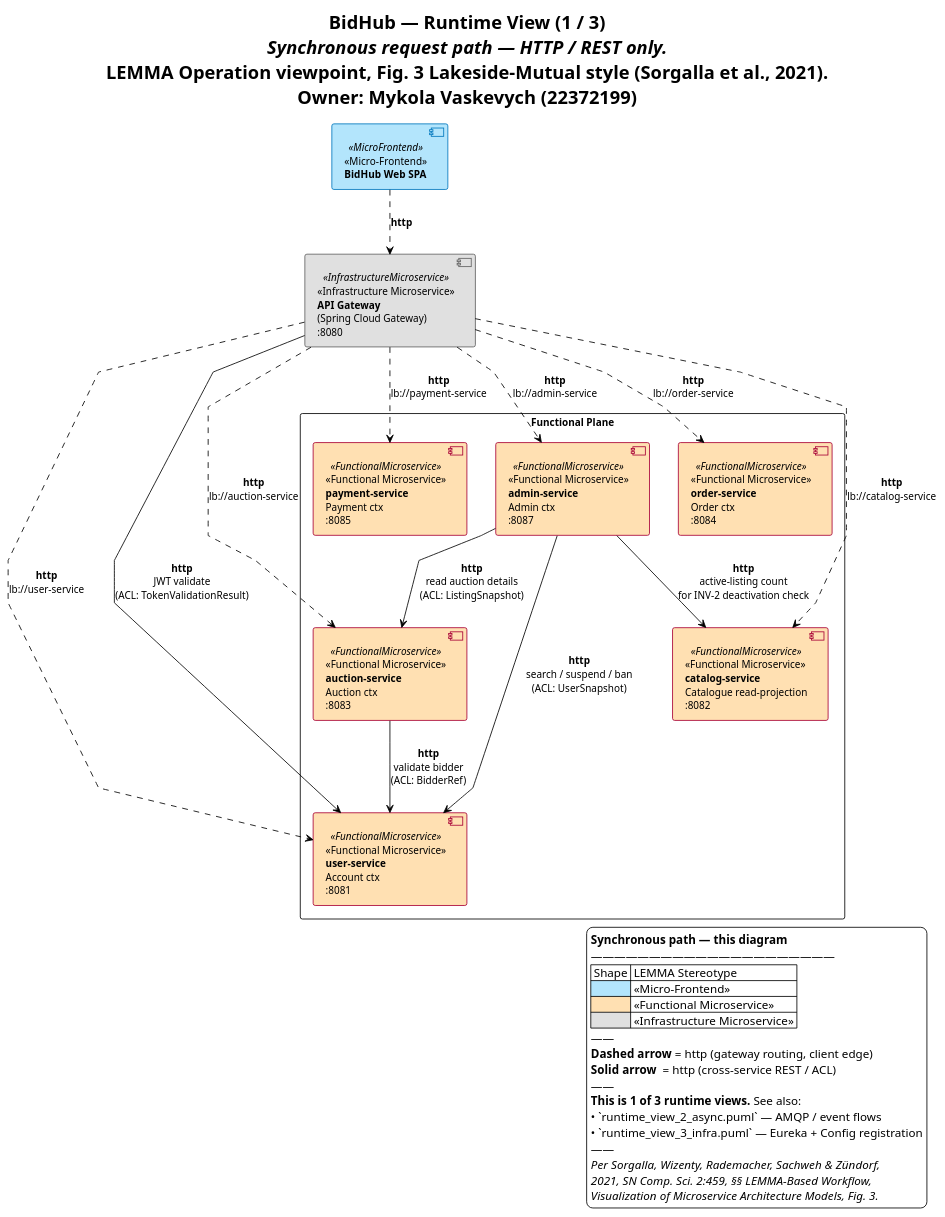
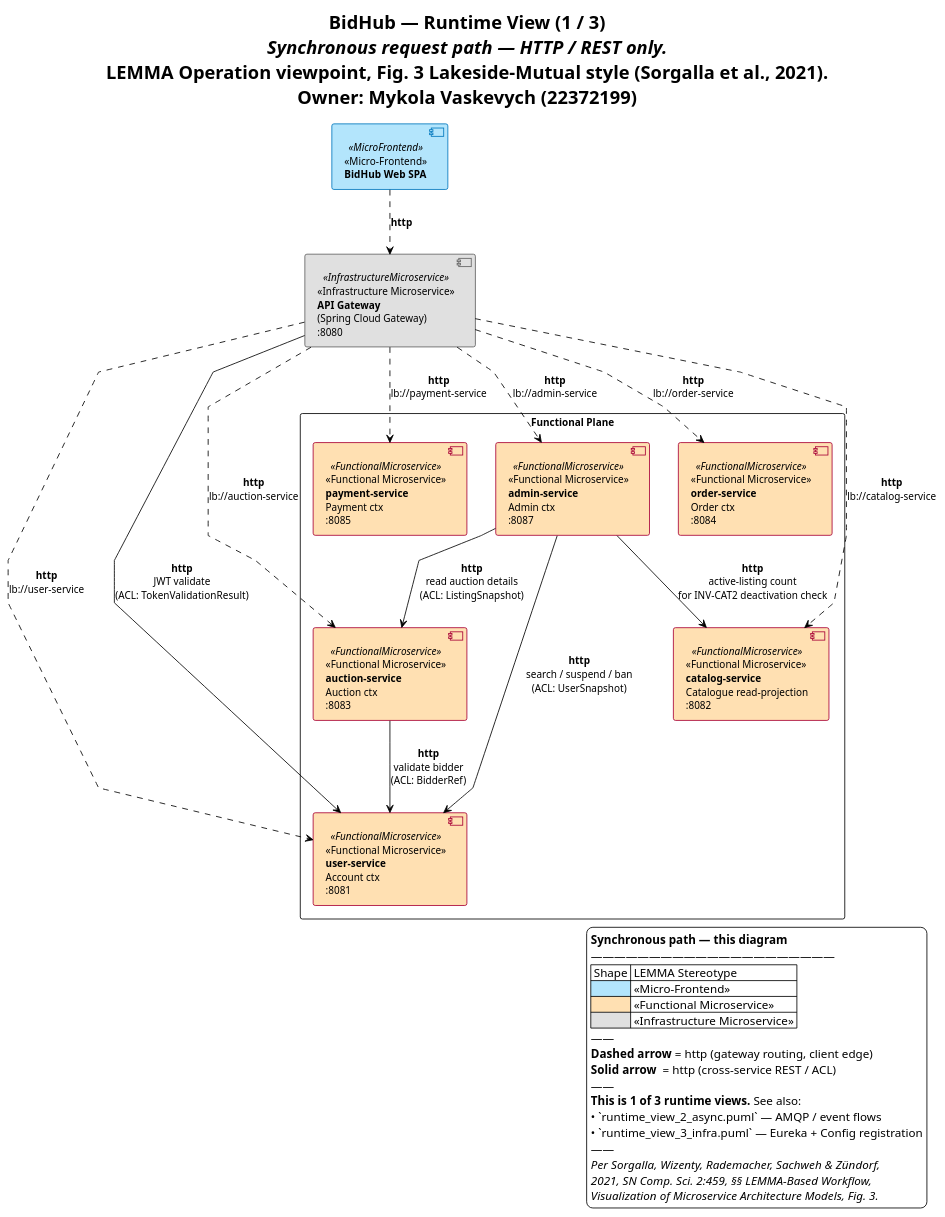
The diagram in docs/runtime_view_1_sync.puml (MykolaVaskevych/cs4135_week2), drawn with PlantUML before and after one commit. The commit also changed 15 other files, not shown here.

Commit message:
fix(docs): unify diagram titles, renumber admin invariants, fix UML notation

```diff
--- a/docs/runtime_view_1_sync.puml
+++ b/docs/runtime_view_1_sync.puml
@@ -1,91 +1,91 @@
 @startuml BidHub Runtime View 1 of 3 - Synchronous Request Path
 !theme plain
 skinparam componentFontSize 13
 skinparam packageFontSize 14
 skinparam noteFontSize 11
 skinparam defaultFontSize 12
 skinparam shadowing false
 skinparam linetype polyline
 skinparam packageStyle rectangle
 
 skinparam component {
     BackgroundColor<<FunctionalMicroservice>>     #FFE0B2
     BorderColor<<FunctionalMicroservice>>         #A80036
     BackgroundColor<<InfrastructureMicroservice>> #E0E0E0
     BorderColor<<InfrastructureMicroservice>>     #616161
     BackgroundColor<<MicroFrontend>>              #B3E5FC
     BorderColor<<MicroFrontend>>                  #0277BD
 }
 
 title **BidHub — Runtime View (1 / 3)**\n//Synchronous request path — HTTP / REST only.//\nLEMMA Operation viewpoint, Fig. 3 Lakeside-Mutual style (Sorgalla et al., 2021).\nOwner: Mykola Vaskevych (22372199)
 
 ' ============================================================
 ' CLIENT
 ' ============================================================
 component "<<Micro-Frontend>>\n**BidHub Web SPA**" as SPA <<MicroFrontend>>
 
 ' ============================================================
 ' EDGE
 ' ============================================================
 component "<<Infrastructure Microservice>>\n**API Gateway**\n(Spring Cloud Gateway)\n:8080" as Gateway <<InfrastructureMicroservice>>
 
 ' ============================================================
 ' FUNCTIONAL MICROSERVICES
 ' ============================================================
 package "Functional Plane" as Functional {
     component "<<Functional Microservice>>\n**user-service**\nAccount ctx\n:8081" as User <<FunctionalMicroservice>>
     component "<<Functional Microservice>>\n**catalog-service**\nCatalogue read-projection\n:8082" as Catalogue <<FunctionalMicroservice>>
     component "<<Functional Microservice>>\n**auction-service**\nAuction ctx\n:8083" as Auction <<FunctionalMicroservice>>
     component "<<Functional Microservice>>\n**order-service**\nOrder ctx\n:8084" as Order <<FunctionalMicroservice>>
     component "<<Functional Microservice>>\n**payment-service**\nPayment ctx\n:8085" as Payment <<FunctionalMicroservice>>
     component "<<Functional Microservice>>\n**admin-service**\nAdmin ctx\n:8087" as Admin <<FunctionalMicroservice>>
 }
 
 ' ============================================================
 ' EDGE: client → gateway
 ' ============================================================
 SPA ..> Gateway : "**http**"
 
 ' ============================================================
 ' GATEWAY → FUNCTIONAL SERVICES (load-balanced via Eureka)
 ' ============================================================
 Gateway ..> User      : "**http**\nlb://user-service"
 Gateway ..> Catalogue : "**http**\nlb://catalog-service"
 Gateway ..> Auction   : "**http**\nlb://auction-service"
 Gateway ..> Order     : "**http**\nlb://order-service"
 Gateway ..> Payment   : "**http**\nlb://payment-service"
 Gateway ..> Admin     : "**http**\nlb://admin-service"
 
 ' ============================================================
 ' CROSS-SERVICE REST — Customer-Supplier ACL links from context map
 ' ============================================================
 Auction --> User      : "**http**\nvalidate bidder\n(ACL: BidderRef)"
 Admin   --> User      : "**http**\nsearch / suspend / ban\n(ACL: UserSnapshot)"
 Admin   --> Auction   : "**http**\nread auction details\n(ACL: ListingSnapshot)"
-Admin   --> Catalogue : "**http**\nactive-listing count\nfor INV-2 deactivation check"
+Admin   --> Catalogue : "**http**\nactive-listing count\nfor INV-CAT2 deactivation check"
 Gateway --> User      : "**http**\nJWT validate\n(ACL: TokenValidationResult)"
 
 ' ============================================================
 ' LEGEND
 ' ============================================================
 legend bottom right
     **Synchronous path — this diagram**
     —————————————————————
     | Shape | LEMMA Stereotype |
     | <#B3E5FC> | «Micro-Frontend» |
     | <#FFE0B2> | «Functional Microservice» |
     | <#E0E0E0> | «Infrastructure Microservice» |
     ——
     **Dashed arrow** = http (gateway routing, client edge)
     **Solid arrow**  = http (cross-service REST / ACL)
     ——
     **This is 1 of 3 runtime views.** See also:
     • `runtime_view_2_async.puml` — AMQP / event flows
     • `runtime_view_3_infra.puml` — Eureka + Config registration
     ——
     //Per Sorgalla, Wizenty, Rademacher, Sachweh & Zündorf,//
     //2021, SN Comp. Sci. 2:459, §§ LEMMA-Based Workflow,//
     //Visualization of Microservice Architecture Models, Fig. 3.//
 endlegend
 
 @enduml
```
